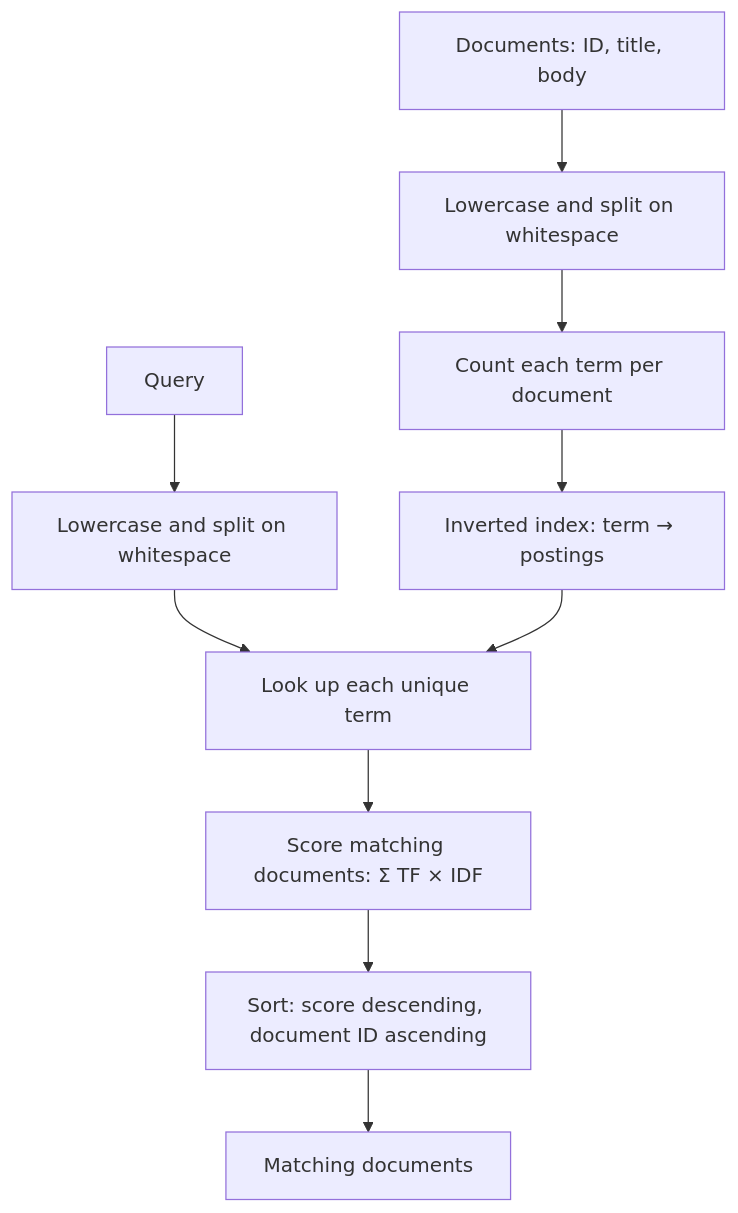
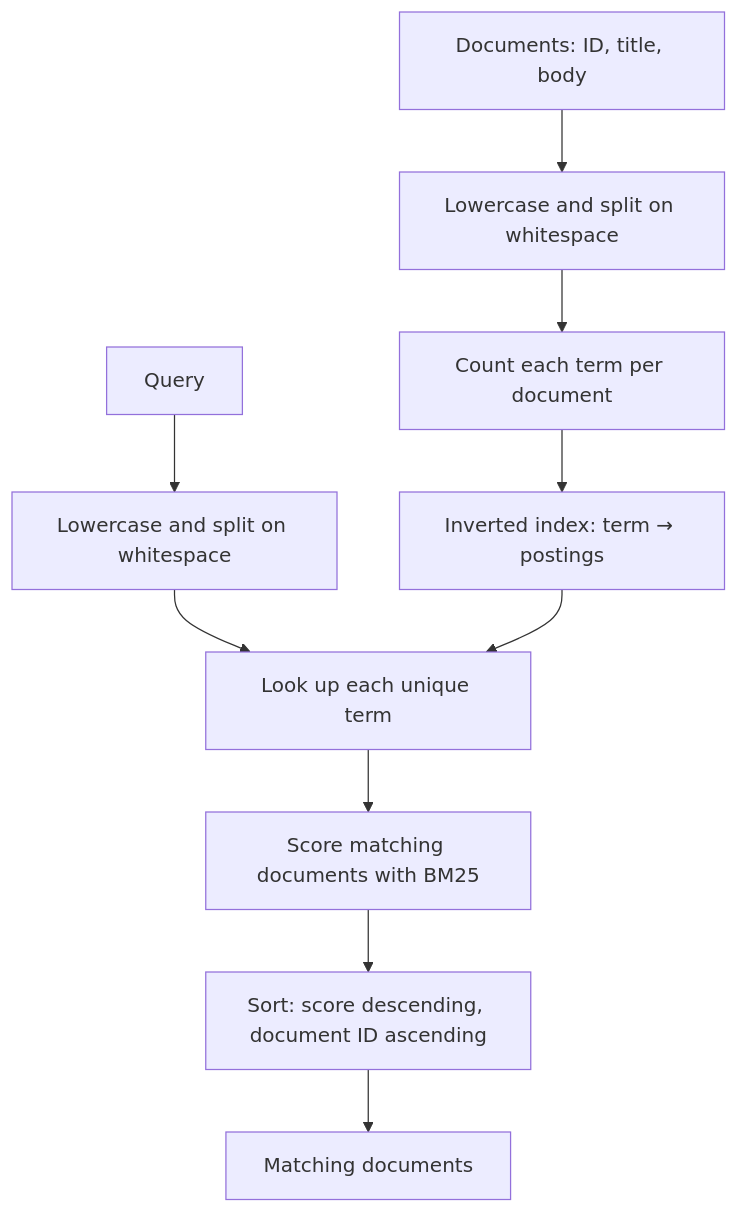
One commit to Rutujeet/minisearch changed the first of 2 diagrams in docs/architecture.md. Above: the diagram before and after it, drawn with Mermaid. The commit also changed other lines of this file, not shown here.

````diff
--- a/docs/architecture.md
+++ b/docs/architecture.md
@@ -10,12 +10,12 @@
 ```mermaid
 flowchart TD
     A[Documents: ID, title, body] --> B[Lowercase and split on whitespace]
     B --> C[Count each term per document]
     C --> D[Inverted index: term → postings]
     Q[Query] --> E[Lowercase and split on whitespace]
     E --> F[Look up each unique term]
     D --> F
-    F --> G[Score matching documents: Σ TF × IDF]
+    F --> G[Score matching documents with BM25]
     G --> H[Sort: score descending, document ID ascending]
     H --> R[Matching documents]
 ```
````
